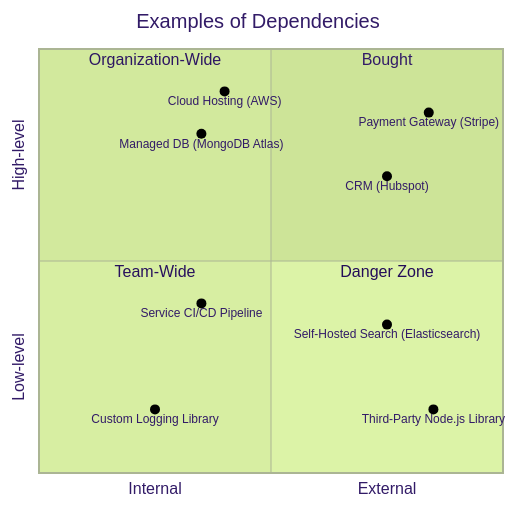
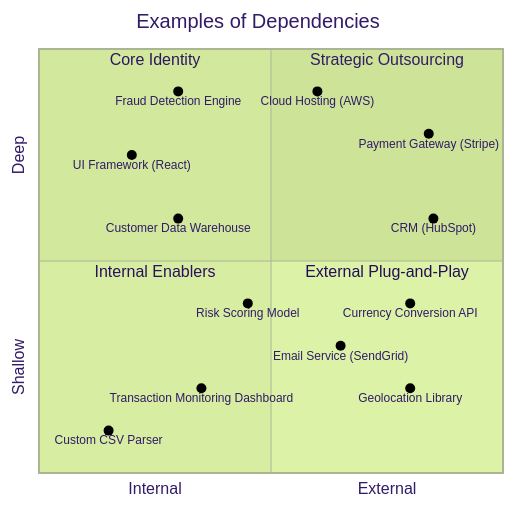
One commit to szgaljic/f6 changed the diagram in content/docs/foundations/dependency.md. Above: the diagram before and after it, drawn with Mermaid (forest theme). The commit also changed other lines of this file and 3 other files, not shown here.

````diff
--- a/content/docs/foundations/dependency.md
+++ b/content/docs/foundations/dependency.md
@@ -38,18 +57,26 @@
 ```mermaid
 quadrantChart
     title Examples of Dependencies
     x-axis Internal --> External
-    y-axis Low-level --> High-level
-    quadrant-1 Bought
-    quadrant-2 Organization-Wide
-    quadrant-3 Team-Wide
-    quadrant-4 Danger Zone
-    Custom Logging Library               : [0.25, 0.15]
-    Service CI/CD Pipeline               : [0.35, 0.4]
-    "Self-Hosted Search (Elasticsearch)" : [0.75, 0.35]
-    "CRM (Hubspot)"                      : [0.75, 0.7]
-    "Payment Gateway (Stripe)"           : [0.84, 0.85]
-    "Managed DB (MongoDB Atlas)"         : [0.35, 0.8]
-    "Third-Party Node.js Library"        : [0.85, 0.15]
-    "Cloud Hosting (AWS)"                : [0.4, 0.9]
+    y-axis Shallow --> Deep
+    quadrant-1 "Strategic Outsourcing"
+    quadrant-2 "Core Identity"
+    quadrant-3 "Internal Enablers"
+    quadrant-4 "External Plug-and-Play"
+    
+    "Fraud Detection Engine"           : [0.3, 0.9]
+    "Customer Data Warehouse"          : [0.3, 0.6]
+    "UI Framework (React)"             : [0.2, 0.75]
+
+    "Risk Scoring Model"               : [0.45, 0.4]
+    "Transaction Monitoring Dashboard" : [0.35, 0.2]
+    "Custom CSV Parser"                : [0.15, 0.1]    
+    
+    "Cloud Hosting (AWS)"              : [0.6, 0.9]
+    "Payment Gateway (Stripe)"         : [0.84, 0.8]
+    "CRM (HubSpot)"                    : [0.85, 0.6]
+
+    "Currency Conversion API"         : [0.8, 0.4]
+    "Geolocation Library"             : [0.8, 0.2]
+    "Email Service (SendGrid)"        : [0.65, 0.3]
 ```
````
